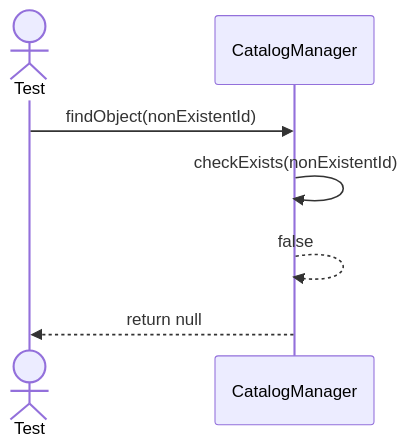
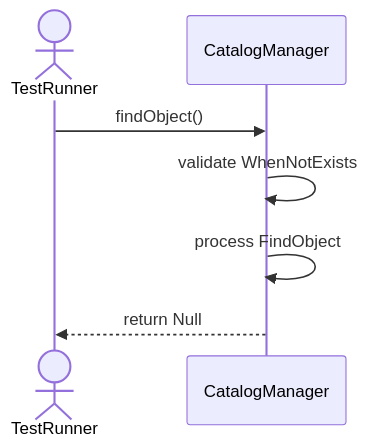
Before and after one commit to TamBui1706/DBMS: the fourth of 10 diagrams in Sequences/Core/CatalogManager.md, drawn with Mermaid. The commit also changed other lines of this file and 63 other files, not shown here.

Commit message:
Draw sequence diagram for unit tests

````diff
--- a/Sequences/Core/CatalogManager.md
+++ b/Sequences/Core/CatalogManager.md
@@ -63,10 +56,9 @@
 ```mermaid
 sequenceDiagram
-    actor Test
+    actor TestRunner
     participant CatalogManager
-
-    Test->>CatalogManager: findObject(nonExistentId)
-    CatalogManager->>CatalogManager: checkExists(nonExistentId)
-    CatalogManager-->>CatalogManager: false
-    CatalogManager-->>Test: return null
+    TestRunner->>CatalogManager: findObject()
+    CatalogManager->>CatalogManager: validate WhenNotExists
+    CatalogManager->>CatalogManager: process FindObject
+    CatalogManager-->>TestRunner: return Null
 ```
````
